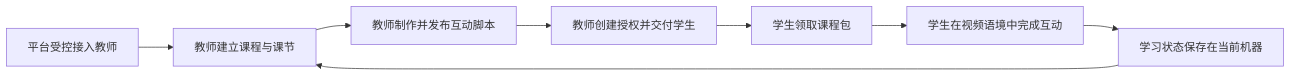
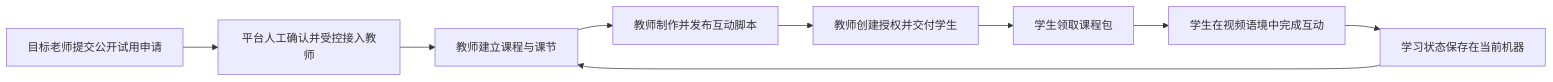
One commit to xiaobaiworld/lessonpilot changed the diagram in doc/requirements/v1/03-user-scenarios.md. Above: the diagram before and after it, drawn with Mermaid. The commit also changed other lines of this file and 14 other files, not shown here.

````diff
--- a/doc/requirements/v1/03-user-scenarios.md
+++ b/doc/requirements/v1/03-user-scenarios.md
@@ -25,10 +25,11 @@
 ```mermaid
 flowchart LR
-  A["平台受控接入教师"] --> B["教师建立课程与课节"]
+  P["目标老师提交公开试用申请"] --> A["平台人工确认并受控接入教师"]
+  A --> B["教师建立课程与课节"]
   B --> C["教师制作并发布互动脚本"]
   C --> D["教师创建授权并交付学生"]
   D --> E["学生领取课程包"]
   E --> F["学生在视频语境中完成互动"]
   F --> G["学习状态保存在当前机器"]
   G --> B
 ```
````
